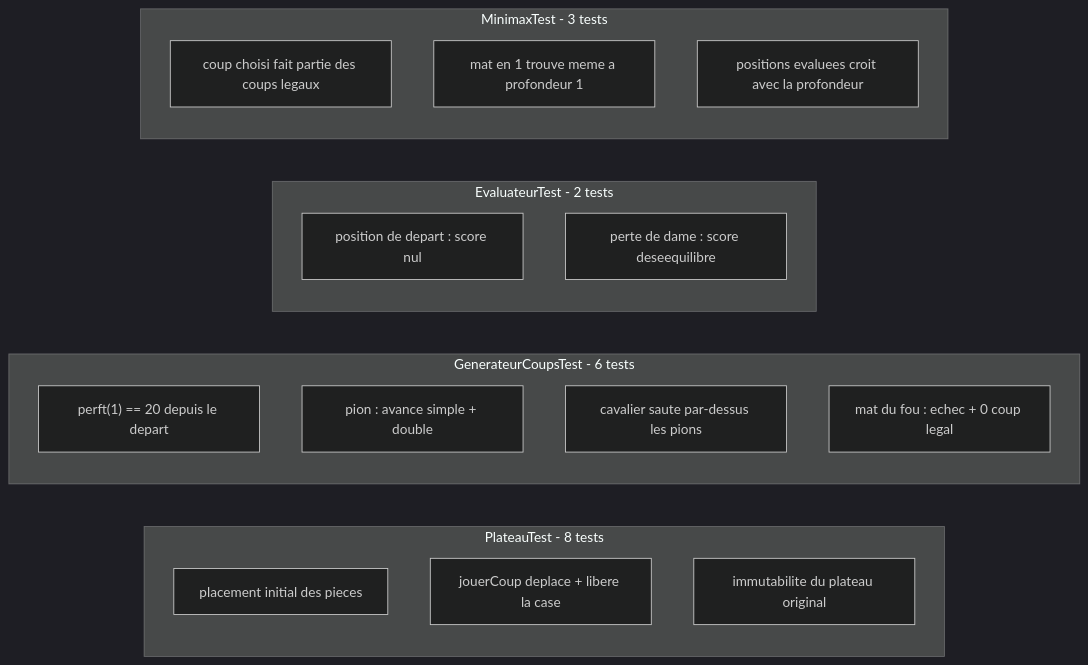
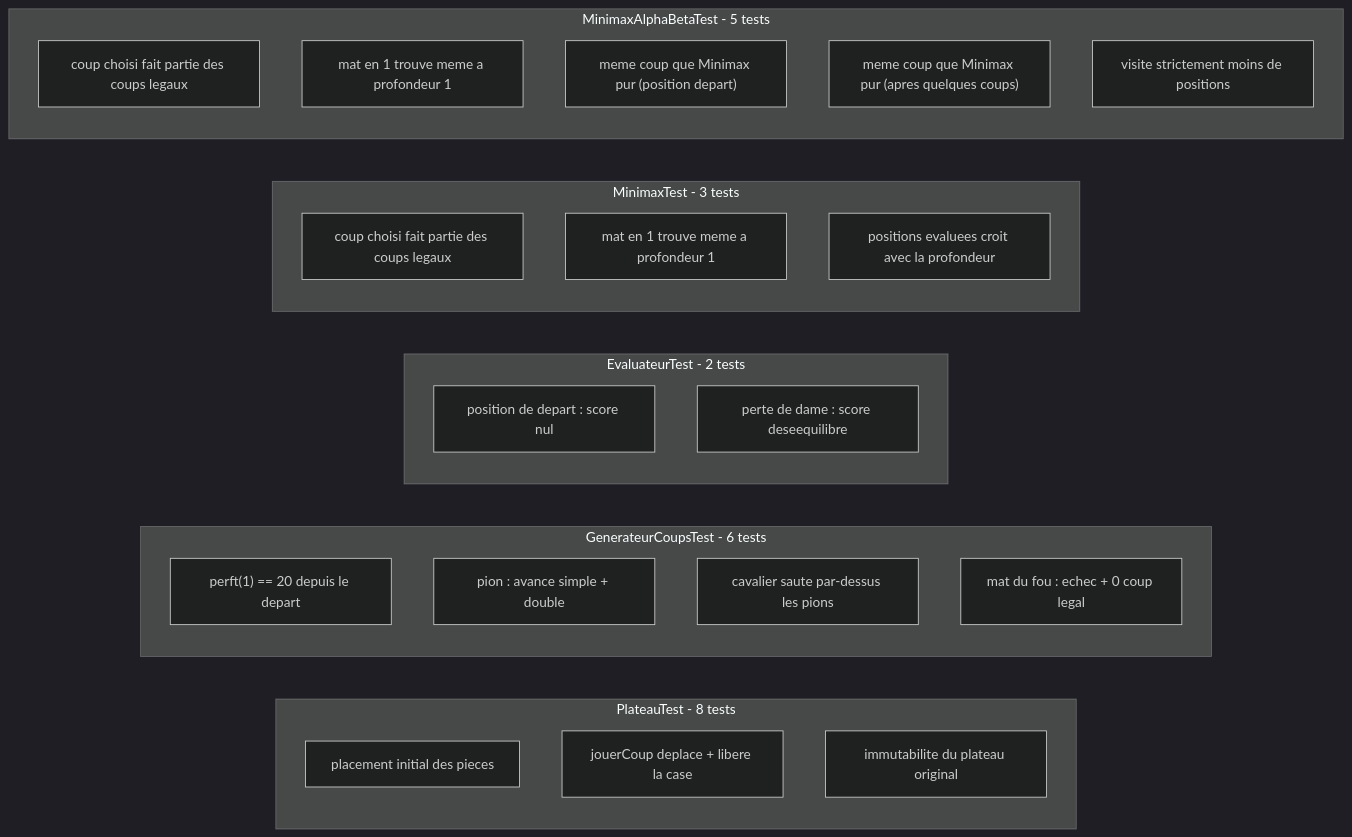
Before and after one commit to YoussefGoat123/FILROUGE: the fifth of 9 diagrams in MoteurEchecs/shemas/schemas.md, drawn with Mermaid (dark theme). The commit also changed other lines of this file and 8 other files, not shown here.

Commit message:
feat: Implement Alpha-Beta pruning optimization; add new MinimaxAlphaBeta class and tests

````diff
--- a/MoteurEchecs/shemas/schemas.md
+++ b/MoteurEchecs/shemas/schemas.md
@@ -129,23 +129,30 @@
 ```mermaid
 graph LR
     subgraph "PlateauTest - 8 tests"
         T1["placement initial des pieces"]
         T2["jouerCoup deplace + libere la case"]
         T3["immutabilite du plateau original"]
     end
     subgraph "GenerateurCoupsTest - 6 tests"
         T4["perft(1) == 20 depuis le depart"]
         T5["pion : avance simple + double"]
         T6["cavalier saute par-dessus les pions"]
         T7["mat du fou : echec + 0 coup legal"]
     end
     subgraph "EvaluateurTest - 2 tests"
         T8["position de depart : score nul"]
         T9["perte de dame : score deseequilibre"]
     end
     subgraph "MinimaxTest - 3 tests"
         T10["coup choisi fait partie des coups legaux"]
         T11["mat en 1 trouve meme a profondeur 1"]
         T12["positions evaluees croit avec la profondeur"]
     end
+    subgraph "MinimaxAlphaBetaTest - 5 tests"
+        T13["coup choisi fait partie des coups legaux"]
+        T14["mat en 1 trouve meme a profondeur 1"]
+        T15["meme coup que Minimax pur (position depart)"]
+        T16["meme coup que Minimax pur (apres quelques coups)"]
+        T17["visite strictement moins de positions"]
+    end
 ```
````
